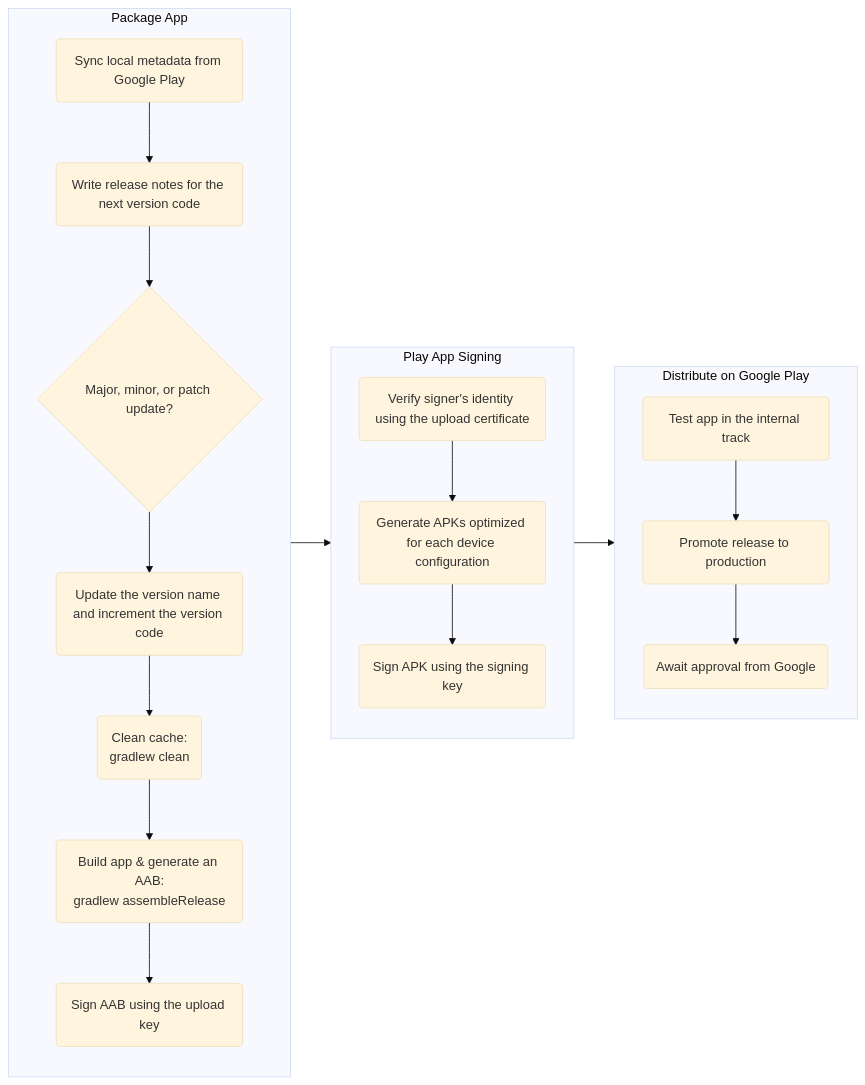
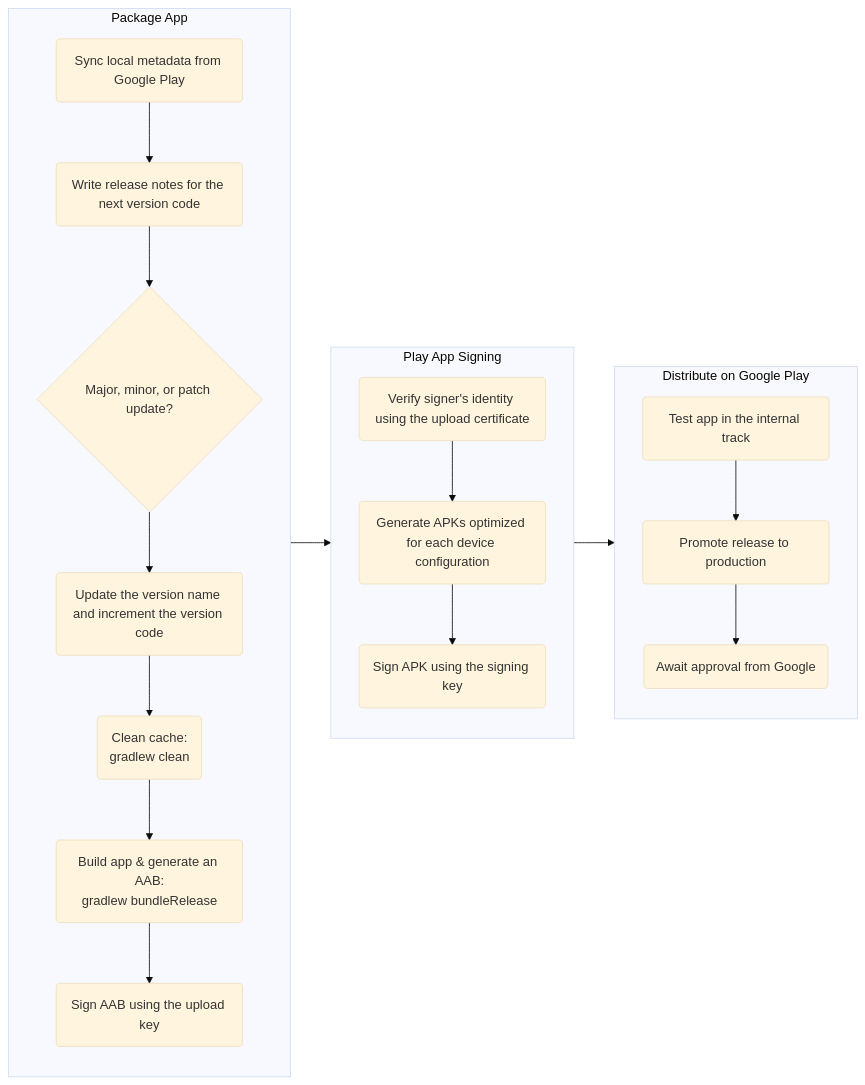
The fourth of 4 diagrams in README.md (Abhiek187/ez-recipes-android), drawn with Mermaid (base theme) before and after one commit. The commit also changed 1 other file, not shown here.

Commit message:
Use bundle instead of assemble for AABs

````diff
--- a/README.md
+++ b/README.md
@@ -99,28 +99,28 @@
 ```mermaid
 flowchart LR
 
 A --> B
 B --> C
 
 subgraph A [Package App]
 direction TB
 D(Sync local metadata from Google Play) --> E(Write release notes for the next version code)
 E --> F{Major, minor, or patch update?}
 F --> G(Update the version name and increment the version code)
 G --> H(Clean cache:<br>gradlew clean)
-H --> I(Build app & generate an AAB:<br>gradlew assembleRelease)
+H --> I(Build app & generate an AAB:<br>gradlew bundleRelease)
 I --> J(Sign AAB using the upload key)
 end
 
 subgraph B [Play App Signing]
 direction TB
 K(Verify signer's identity using the upload certificate) --> L(Generate APKs optimized for each device configuration)
 L --> M(Sign APK using the signing key)
 end
 
 subgraph C [Distribute on Google Play]
 direction TB
 N(Test app in the internal track) --> O(Promote release to production)
 O --> P(Await approval from Google)
 end
 ```
````
